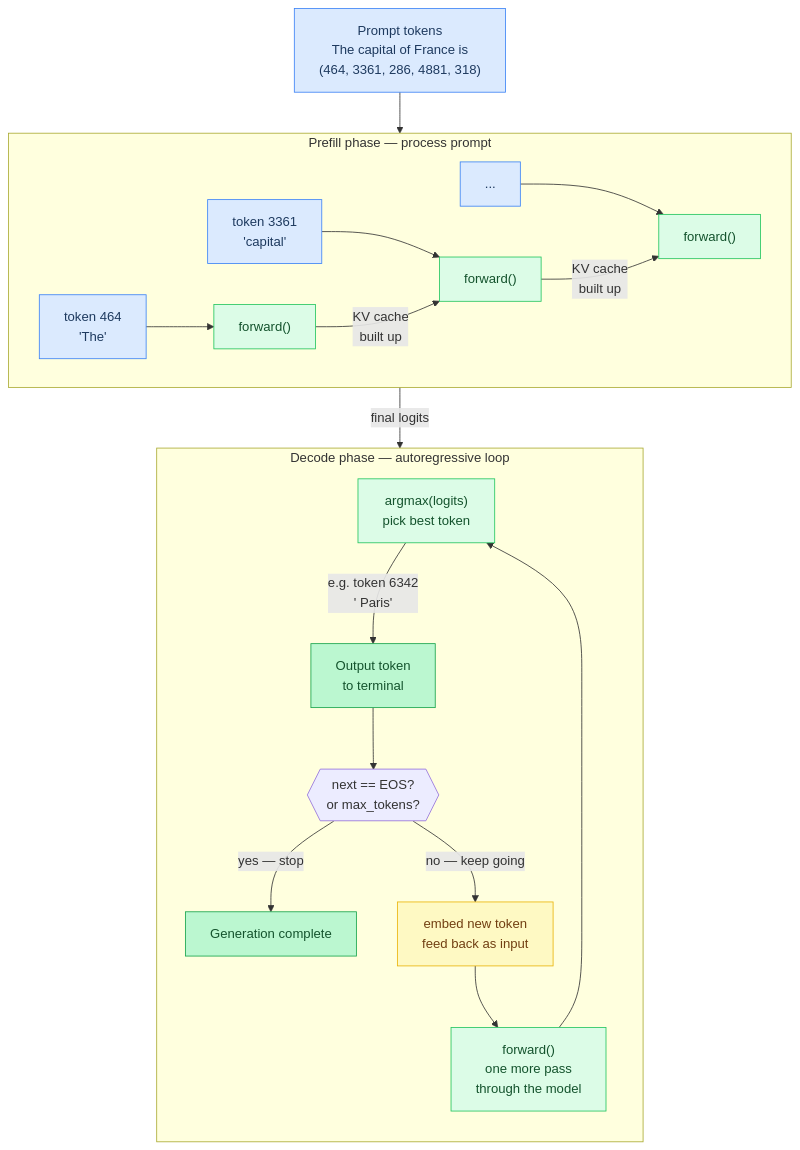
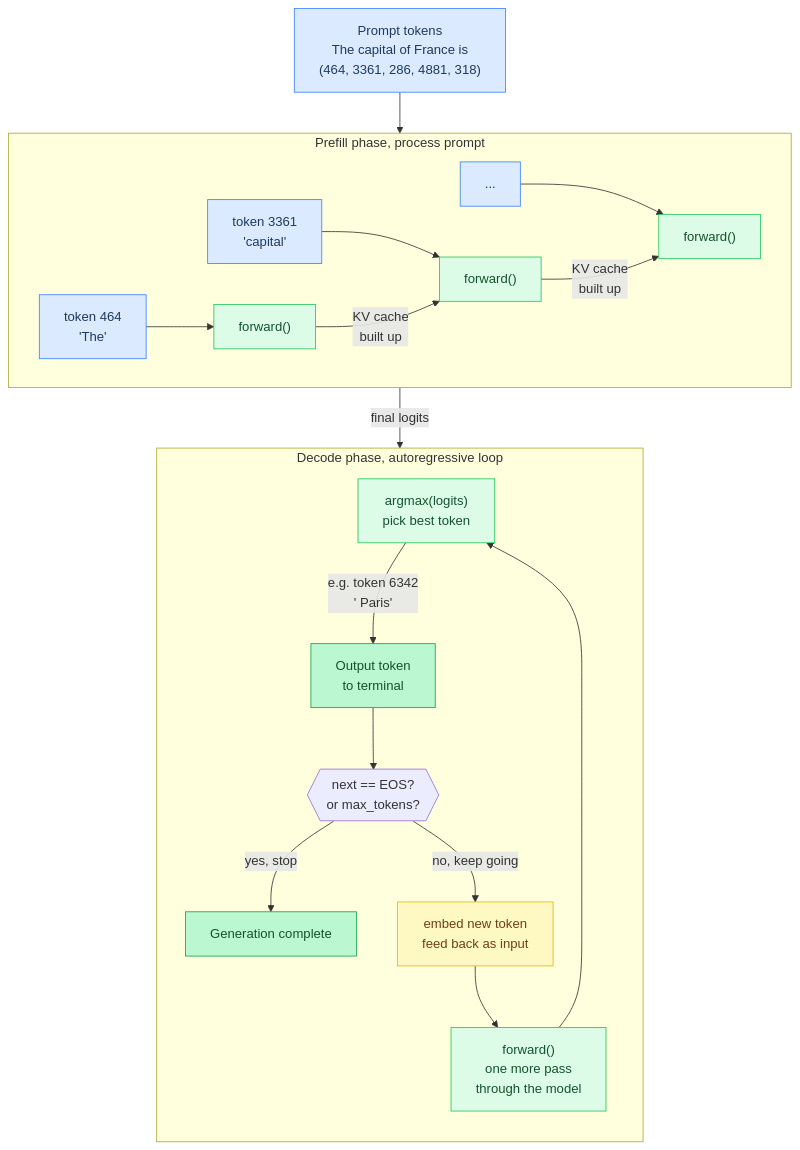
The eighth of 8 diagrams in docs/tutorial/01-tokens-and-text.md (maci0/agave), drawn with Mermaid before and after one commit. The commit also changed other lines of this file and 196 other files, not shown here.

````diff
--- a/docs/tutorial/01-tokens-and-text.md
+++ b/docs/tutorial/01-tokens-and-text.md
@@ -335,44 +335,44 @@
 ```mermaid
 flowchart TB
     classDef setup     fill:#dbeafe,stroke:#3b82f6,color:#1e3a5f
     classDef sync      fill:#dcfce7,stroke:#22c55e,color:#14532d
     classDef migration fill:#fef9c3,stroke:#eab308,color:#713f12
     classDef success   fill:#bbf7d0,stroke:#16a34a,color:#14532d
     classDef danger    fill:#fee2e2,stroke:#ef4444,color:#7f1d1d
     classDef optional  fill:#f3e8ff,stroke:#9333ea,color:#581c87
 
     Prompt["Prompt tokens\nThe capital of France is\n(464, 3361, 286, 4881, 318)"]:::setup
     Done["Generation complete"]:::success
 
-    subgraph Prefill["Prefill phase — process prompt"]
+    subgraph Prefill["Prefill phase, process prompt"]
         direction LR
         P1["token 464\n'The'"]:::setup
         Fwd1["forward()"]:::sync
         P2["token 3361\n'capital'"]:::setup
         Fwd2["forward()"]:::sync
         P3["..."]:::setup
         FwdN["forward()"]:::sync
         P1 --> Fwd1
         P2 --> Fwd2
         P3 --> FwdN
         Fwd1 -->|"KV cache\nbuilt up"| Fwd2
         Fwd2 -->|"KV cache\nbuilt up"| FwdN
     end
 
-    subgraph Decode["Decode phase — autoregressive loop"]
+    subgraph Decode["Decode phase, autoregressive loop"]
         direction TB
         ArgMax["argmax(logits)\npick best token"]:::sync
         Print["Output token\nto terminal"]:::success
         EmbNew["embed new token\nfeed back as input"]:::migration
         ForwardNew["forward()\none more pass\nthrough the model"]:::sync
         ArgMax -->|"e.g. token 6342\n' Paris'"| Print
         Print --> Check{{"next == EOS?\nor max_tokens?"}}
-        Check -->|"no — keep going"| EmbNew
+        Check -->|"no, keep going"| EmbNew
         EmbNew --> ForwardNew
         ForwardNew --> ArgMax
-        Check -->|"yes — stop"| Done
+        Check -->|"yes, stop"| Done
     end
 
     Prompt --> Prefill
     Prefill -->|"final logits"| Decode
 ```
````
